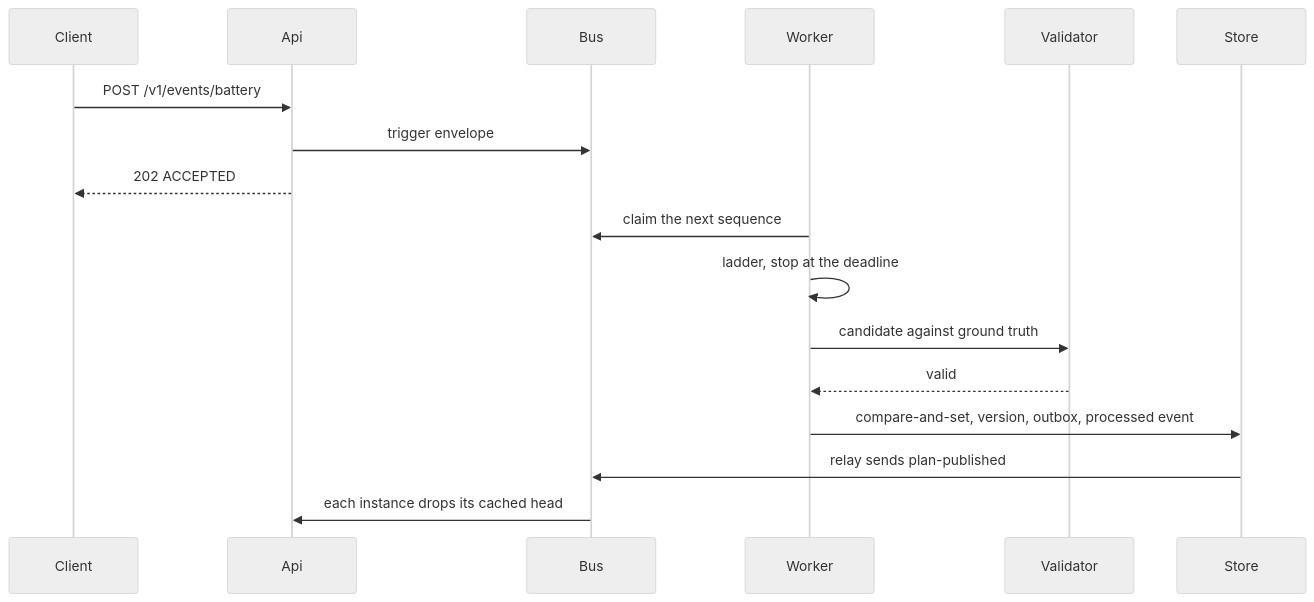
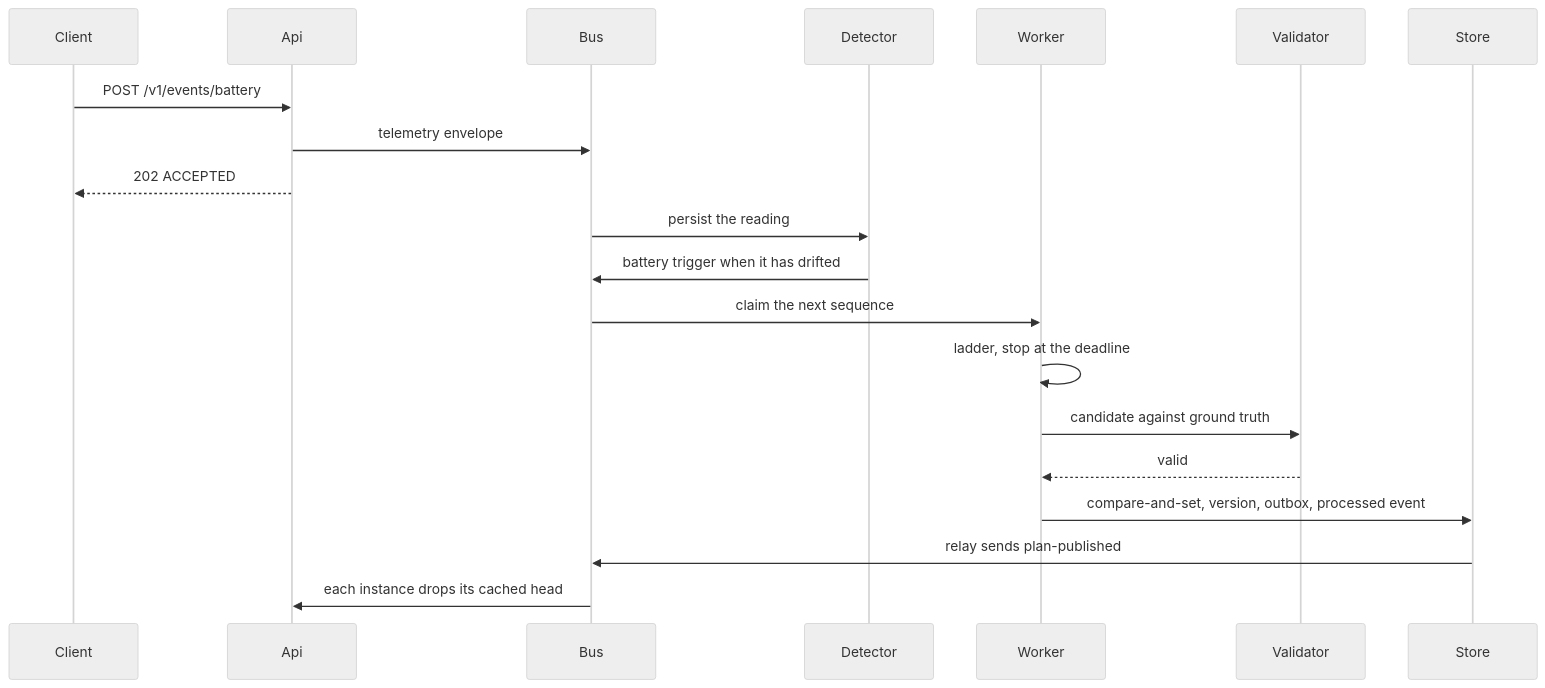
One commit to Agnish1611/ev-assignment-moveinsync changed the second of 2 diagrams in docs/DESIGN_NOTE.md. Above: the diagram before and after it, drawn with Mermaid (neutral theme). The commit also changed other lines of this file and 16 other files, not shown here.

First line of the commit message:
feat: repair a drifted reading and a failed plug from the published head

````diff
--- a/docs/DESIGN_NOTE.md
+++ b/docs/DESIGN_NOTE.md
@@ -42,19 +42,22 @@
 ```mermaid
 sequenceDiagram
   participant Client
   participant Api
   participant Bus
+  participant Detector
   participant Worker
   participant Validator
   participant Store
   Client->>Api: POST /v1/events/battery
-  Api->>Bus: trigger envelope
+  Api->>Bus: telemetry envelope
   Api-->>Client: 202 ACCEPTED
-  Worker->>Bus: claim the next sequence
+  Bus->>Detector: persist the reading
+  Detector->>Bus: battery trigger when it has drifted
+  Bus->>Worker: claim the next sequence
   Worker->>Worker: ladder, stop at the deadline
   Worker->>Validator: candidate against ground truth
   Validator-->>Worker: valid
   Worker->>Store: compare-and-set, version, outbox, processed event
   Store->>Bus: relay sends plan-published
   Bus->>Api: each instance drops its cached head
 ```
````
